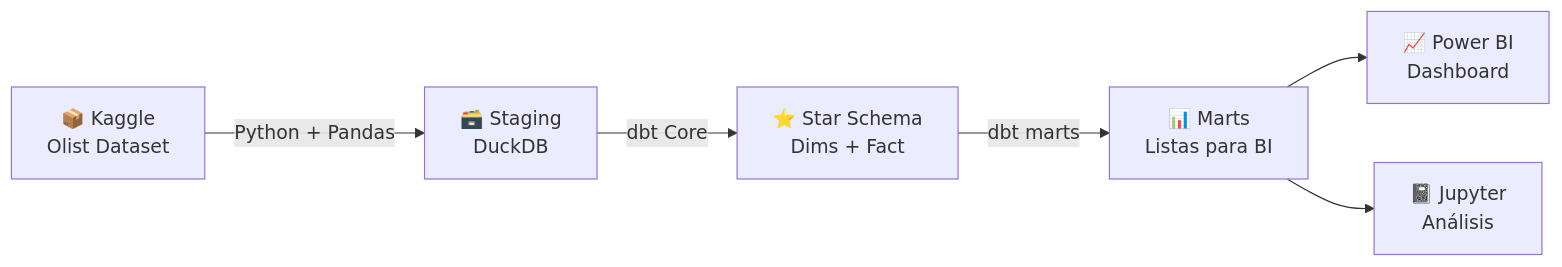
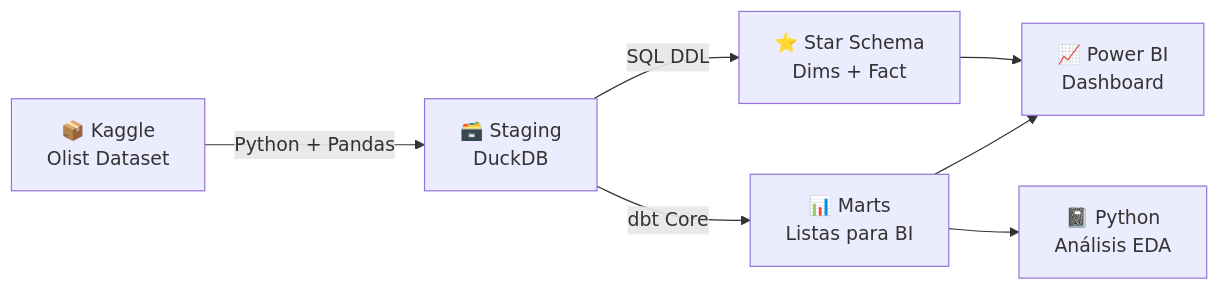
Before and after one commit to jsebastianbetancurd-web/retail-analytics-dwh: the first of 2 diagrams in README.md, drawn with Mermaid. The commit also changed other lines of this file and 10 other files, not shown here.

````diff
--- a/README.md
+++ b/README.md
@@ -22,8 +48,9 @@
 ```mermaid
 flowchart LR
     A[📦 Kaggle\nOlist Dataset] -->|Python + Pandas| B[🗃️ Staging\nDuckDB]
-    B -->|dbt Core| C[⭐ Star Schema\nDims + Fact]
-    C -->|dbt marts| D[📊 Marts\nListas para BI]
-    D --> E[📈 Power BI\nDashboard]
-    D --> F[📓 Jupyter\nAnálisis]
+    B -->|SQL DDL| C[⭐ Star Schema\nDims + Fact]
+    B -->|dbt Core| D[📊 Marts\nListas para BI]
+    C --> E[📈 Power BI\nDashboard]
+    D --> E
+    D --> F[📓 Python\nAnálisis EDA]
 ```
````
